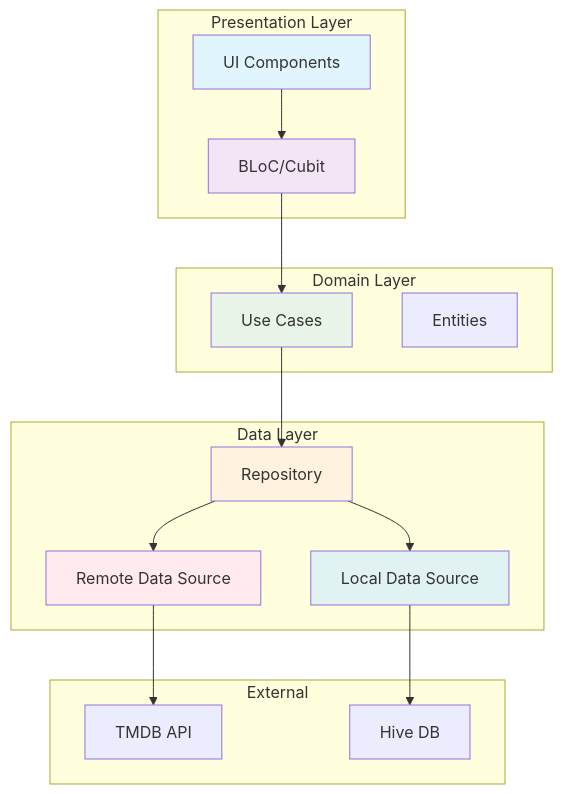
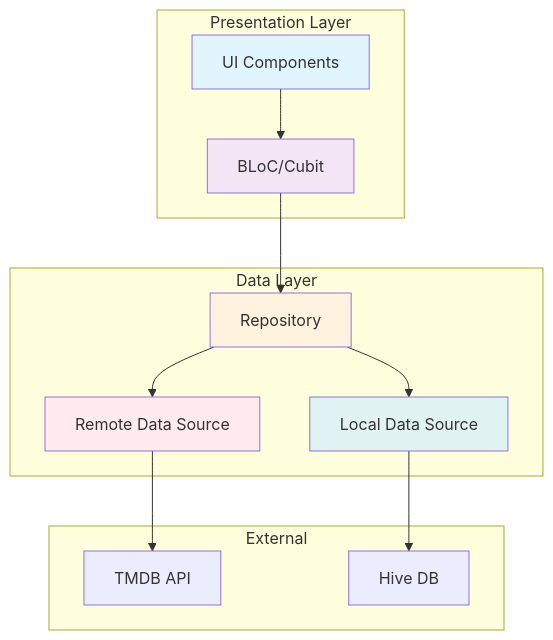
One commit to AliGad17611/Movie-App changed the first of 3 diagrams in README.md. Above: the diagram before and after it, drawn with Mermaid. The commit also changed other lines of this file, not shown here.

Commit message:
docs: update README.md to reflect changes in architecture from Clean to Layered Architecture, enhancing clarity on the separation of concerns between Presentation and Data layers

````diff
--- a/README.md
+++ b/README.md
@@ -48,38 +47,31 @@
 ```mermaid
 graph TB
     subgraph "Presentation Layer"
         UI[UI Components]
         BLOC[BLoC/Cubit]
-    end
-
-    subgraph "Domain Layer"
-        UC[Use Cases]
-        ENT[Entities]
     end
 
     subgraph "Data Layer"
         REP[Repository]
         RDS[Remote Data Source]
         LDS[Local Data Source]
     end
 
     subgraph "External"
         API[TMDB API]
         HIVE[Hive DB]
     end
 
     UI --> BLOC
-    BLOC --> UC
-    UC --> REP
+    BLOC --> REP
     REP --> RDS
     REP --> LDS
     RDS --> API
     LDS --> HIVE
 
     style UI fill:#e1f5fe
     style BLOC fill:#f3e5f5
-    style UC fill:#e8f5e8
     style REP fill:#fff3e0
     style RDS fill:#ffebee
     style LDS fill:#e0f2f1
 ```
````
